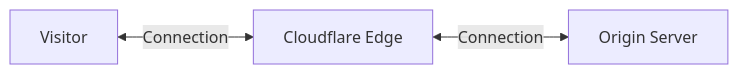
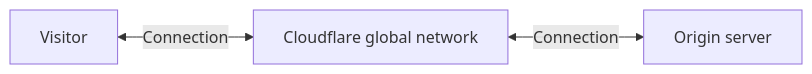
Before and after one commit to cloudflare/cloudflare-docs: the second of 2 diagrams in content/fundamentals/_partials/_proxy-status-effects.md, drawn with Mermaid. The commit also changed 3 other files, not shown here.

````diff
--- a/content/fundamentals/_partials/_proxy-status-effects.md
+++ b/content/fundamentals/_partials/_proxy-status-effects.md
@@ -36,5 +36,5 @@
 ```mermaid
         flowchart LR
         accTitle: Connections with Cloudflare
-        A[Visitor] <-- Connection --> B[Cloudflare Edge] <-- Connection --> C[Origin Server]
+        A[Visitor] <-- Connection --> B[Cloudflare global network] <-- Connection --> C[Origin server]
 ```
````
